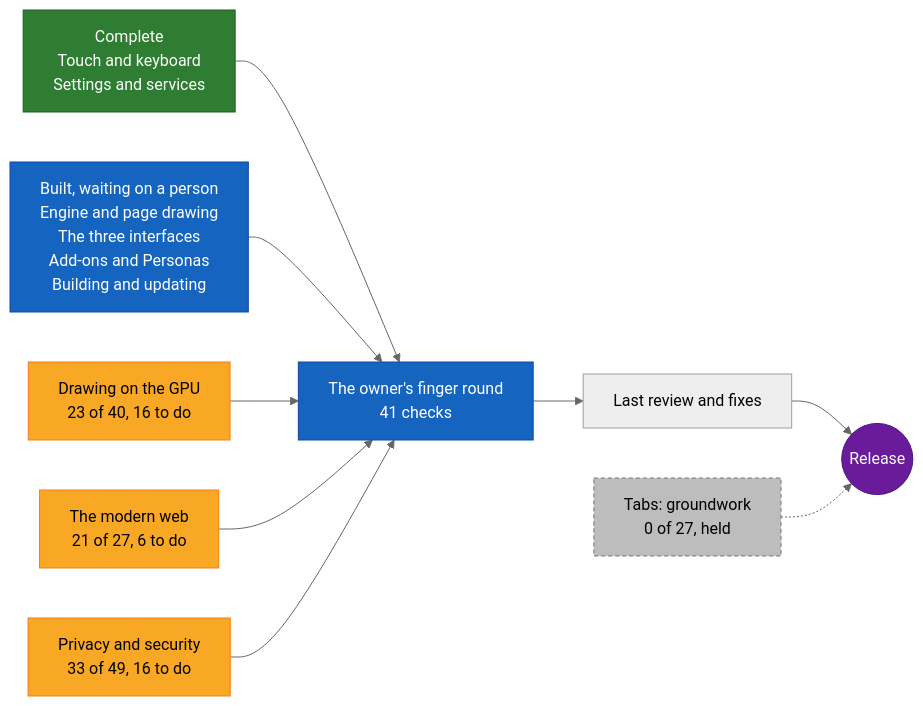
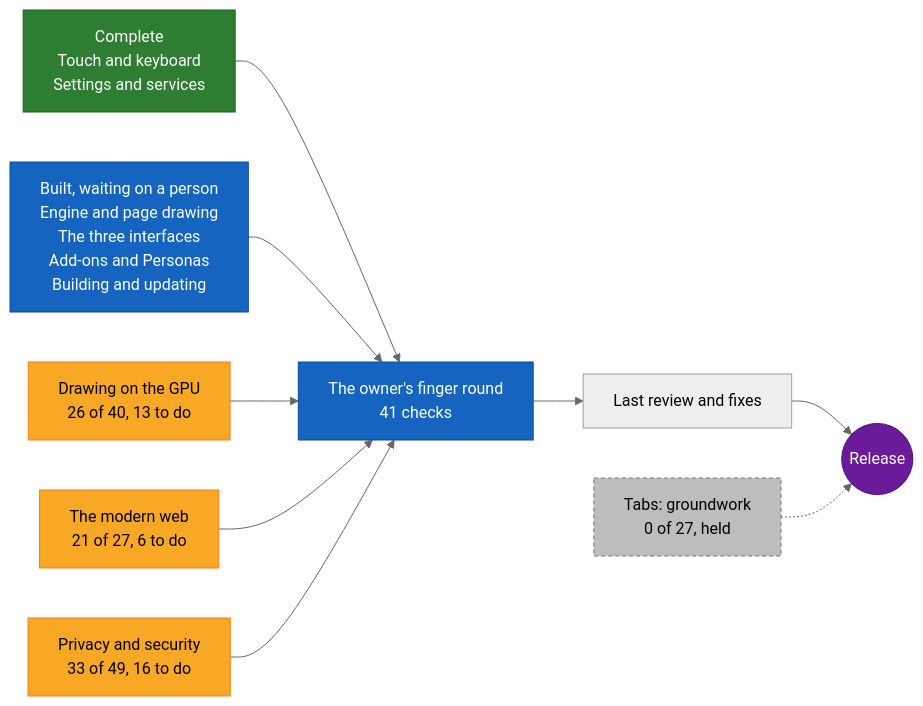
Before and after one commit to NotAlexNoyle/Jihad-Browser: the diagram in README.md, drawn with Mermaid (neutral theme). The commit also changed other lines of this file and 5 other files, not shown here.

````diff
--- a/README.md
+++ b/README.md
@@ -62,25 +62,25 @@
 ```mermaid
 flowchart LR
   nComplete["Complete<br/>Touch and keyboard<br/>Settings and services"]:::done
   nWaiting["Built, waiting on a person<br/>Engine and page drawing<br/>The three interfaces<br/>Add-ons and Personas<br/>Building and updating"]:::owner
-  nWork0["Drawing on the GPU<br/>23 of 40, 16 to do"]:::doing
+  nWork0["Drawing on the GPU<br/>26 of 40, 13 to do"]:::doing
   nWork1["The modern web<br/>21 of 27, 6 to do"]:::doing
   nWork2["Privacy and security<br/>33 of 49, 16 to do"]:::doing
   nFinger["The owner's finger round<br/>41 checks"]:::owner
   nReview["Last review and fixes"]:::todo
   nRelease(("Release")):::goal
   nTabs["Tabs: groundwork<br/>0 of 27, held"]:::held
   nComplete --> nFinger
   nWaiting --> nFinger
   nWork0 --> nFinger
   nWork1 --> nFinger
   nWork2 --> nFinger
   nFinger --> nReview --> nRelease
   nTabs -.-> nRelease
   classDef done fill:#2e7d32,stroke:#1b5e20,color:#ffffff
   classDef doing fill:#f9a825,stroke:#f57f17,color:#000000
   classDef owner fill:#1565c0,stroke:#0d47a1,color:#ffffff
   classDef todo fill:#eeeeee,stroke:#9e9e9e,color:#000000
   classDef held fill:#bdbdbd,stroke:#757575,color:#000000,stroke-dasharray: 4 3
   classDef goal fill:#6a1b9a,stroke:#4a148c,color:#ffffff
 ```
````
